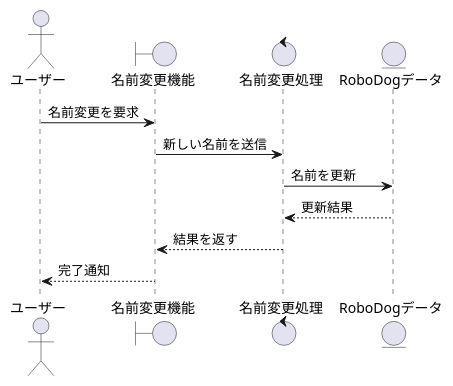
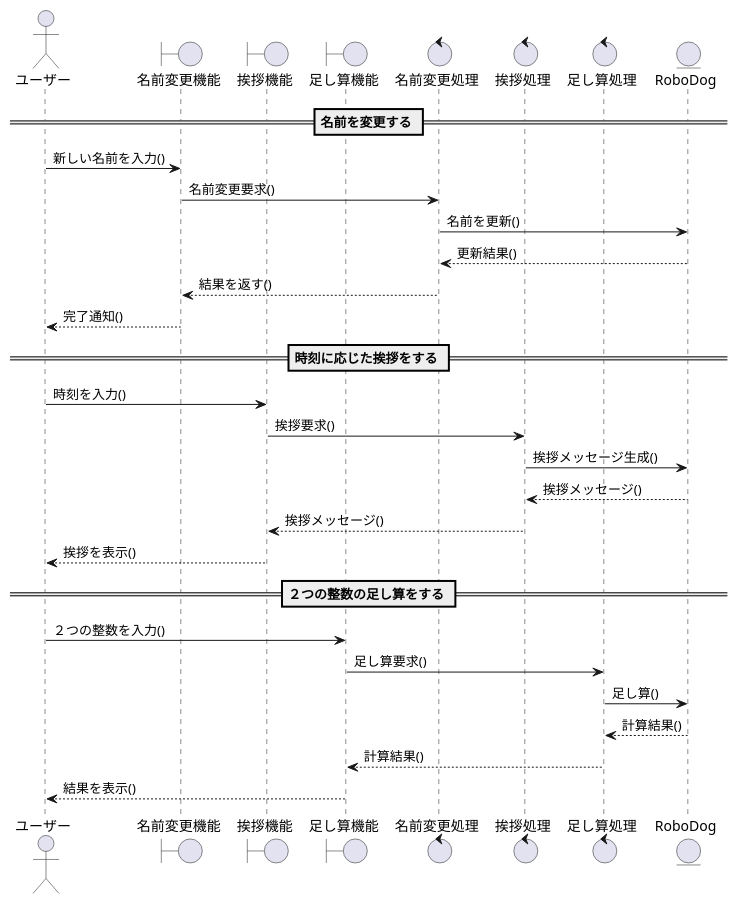
One commit to ko246/ohara_uml changed the diagram in group/06_robo_dog_3/シーケンス図/sequence.pu. Above: the diagram before and after it, drawn with PlantUML.

Commit message:
シーケンス図全体の流れの修正

```diff
--- a/group/06_robo_dog_3/シーケンス図/sequence.pu
+++ b/group/06_robo_dog_3/シーケンス図/sequence.pu
@@ -1,13 +1,36 @@
 @startuml
-actor       ユーザー as User
-boundary    名前変更機能 as NameChangeUI
-control     名前変更処理 as NameChangeCtrl
-entity      RoboDogデータ as RoboDogData
 
-User -> NameChangeUI : 名前変更を要求
-NameChangeUI -> NameChangeCtrl : 新しい名前を送信
-NameChangeCtrl -> RoboDogData : 名前を更新
-RoboDogData --> NameChangeCtrl : 更新結果
-NameChangeCtrl --> NameChangeUI : 結果を返す
-NameChangeUI --> User : 完了通知
+actor ユーザー as User
+boundary 名前変更機能 as NameChangeUI
+boundary 挨拶機能 as GreetingUI
+boundary 足し算機能 as AddUI
+control 名前変更処理 as NameChangeCtrl
+control 挨拶処理 as GreetingCtrl
+control 足し算処理 as AddCtrl
+entity RoboDog as RoboDog
+
+== 名前を変更する ==
+User -> NameChangeUI : 新しい名前を入力()
+NameChangeUI -> NameChangeCtrl : 名前変更要求()
+NameChangeCtrl -> RoboDog : 名前を更新()
+RoboDog --> NameChangeCtrl : 更新結果()
+NameChangeCtrl --> NameChangeUI : 結果を返す()
+NameChangeUI --> User : 完了通知()
+
+== 時刻に応じた挨拶をする ==
+User -> GreetingUI : 時刻を入力()
+GreetingUI -> GreetingCtrl : 挨拶要求()
+GreetingCtrl -> RoboDog : 挨拶メッセージ生成()
+RoboDog --> GreetingCtrl : 挨拶メッセージ()
+GreetingCtrl --> GreetingUI : 挨拶メッセージ()
+GreetingUI --> User : 挨拶を表示()
+
+== ２つの整数の足し算をする ==
+User -> AddUI : ２つの整数を入力()
+AddUI -> AddCtrl : 足し算要求()
+AddCtrl -> RoboDog : 足し算()
+RoboDog --> AddCtrl : 計算結果()
+AddCtrl --> AddUI : 計算結果()
+AddUI --> User : 結果を表示()
+
 @enduml
```
